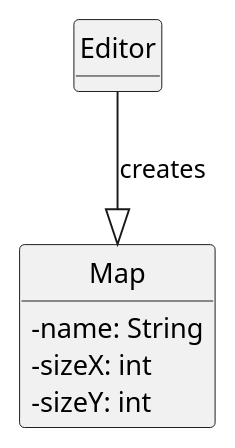
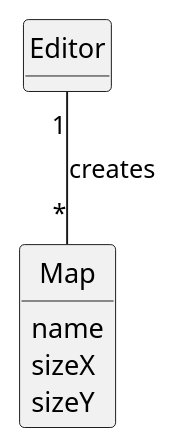
The diagram in docs/system-documentation/US001/02.analysis/puml/US001-DM.puml (goncalolopesp/sem2-pi-24.25-g093-repo), drawn with PlantUML before and after one commit. The commit also changed 6 other files, not shown here.

```diff
--- a/docs/system-documentation/US001/02.analysis/puml/US001-DM.puml
+++ b/docs/system-documentation/US001/02.analysis/puml/US001-DM.puml
@@ -1,29 +1,28 @@
 @startuml
 skinparam monochrome true
 skinparam packageStyle rectangle
 skinparam shadowing false
 
 'left to right direction
 
 skinparam classAttributeIconSize 0
 
 hide circle
 hide methods
 
 'title Domain Model
 
 class Map {
-    - name: String
-    - sizeX: int
-    - sizeY: int
-    + setName(name: String)
-    + setSize(sizeX: int, sizeY: int)
+     name
+     sizeX
+     sizeY
+
 }
 
 class Editor {
     + createMap(name: String, width: int, height: int)
 }
 
-Editor --|> Map : creates
+Editor "1"--"*" Map : creates
 
 @enduml
```
